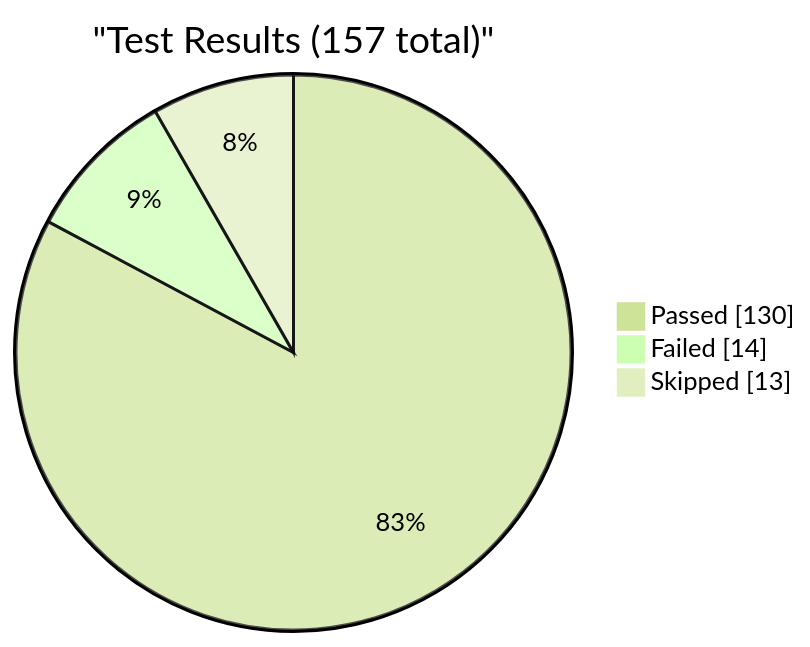
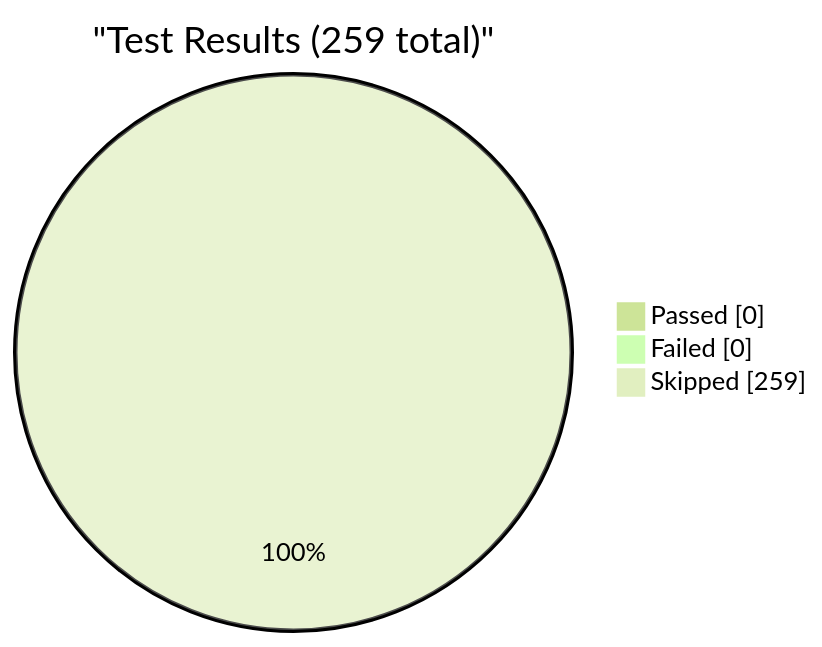
The first of 4 diagrams in reports/dashboard.md (EliteaAI/onetest-ai-tm-Elitea), drawn with Mermaid (forest theme) before and after one commit. The commit also changed other lines of this file and 1 other file, not shown here.

Commit message:
dashboard: update test metrics for RUN-ELITEA-2026-08-27-80-DEV-STABLE-ALL-SCHEDULED-AMBER

````diff
--- a/reports/dashboard.md
+++ b/reports/dashboard.md
@@ -9,7 +9,7 @@
 ```mermaid
 pie showData
-    title "Test Results (157 total)"
-    "Passed" : 130
-    "Failed" : 14
-    "Skipped" : 13
+    title "Test Results (259 total)"
+    "Passed" : 0
+    "Failed" : 0
+    "Skipped" : 259
 ```
````
